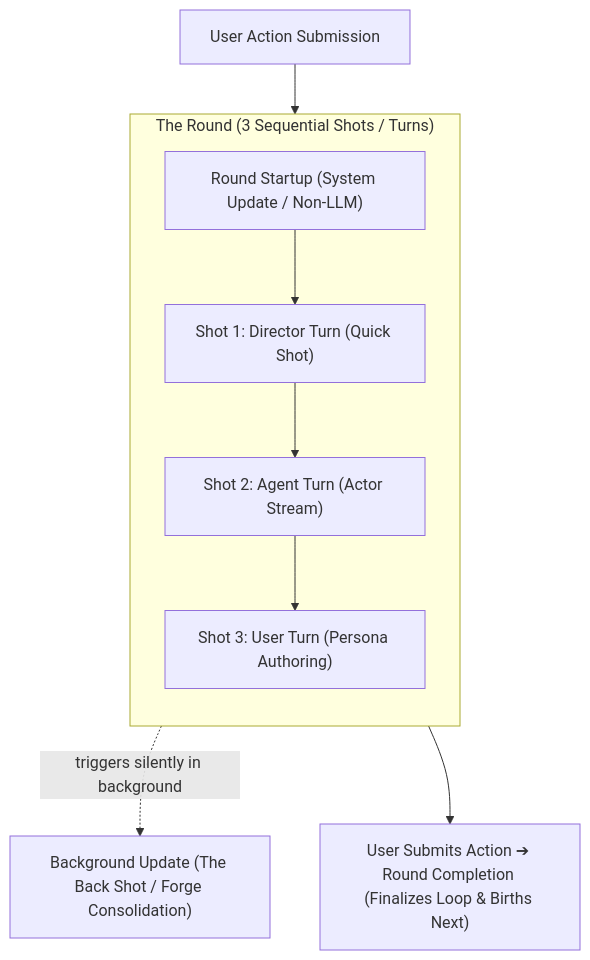
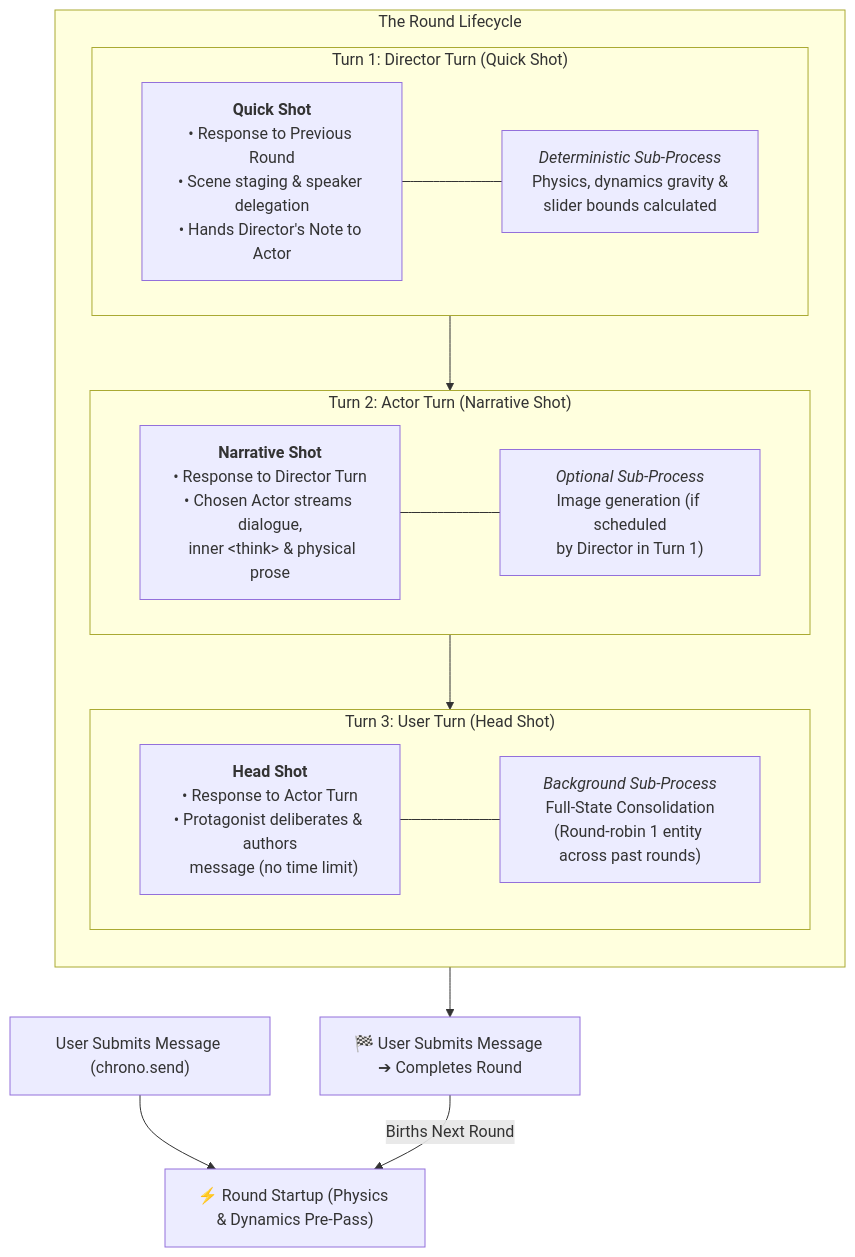
One commit to JooduG/RPGlitch changed the second of 3 diagrams in ARCHITECTURE.md. Above: the diagram before and after it, drawn with Mermaid. The commit also changed other lines of this file and 2 other files, not shown here.

Commit message:
docs: codify 3-turn architecture (quick shot, narrative shot, head shot) and sub-processes

````diff
--- a/ARCHITECTURE.md
+++ b/ARCHITECTURE.md
@@ -72,12 +72,35 @@
 ```mermaid
 flowchart TD
-    UserAction["User Action Submission"] --> RoundStartup["Round Startup (System Update / Non-LLM)"]
-    subgraph RoundLoop ["The Round (3 Sequential Shots / Turns)"]
+    UserMsg["User Submits Message (chrono.send)"] --> RoundStartup["⚡ Round Startup (Physics & Dynamics Pre-Pass)"]
+    
+    subgraph RoundLoop ["The Round Lifecycle"]
         direction TB
-        RoundStartup --> Shot1["Shot 1: Director Turn (Quick Shot)"]
-        Shot1 --> Shot2["Shot 2: Agent Turn (Actor Stream)"]
-        Shot2 --> Shot3["Shot 3: User Turn (Persona Authoring)"]
+        
+        subgraph Stage1 ["Turn 1: Director Turn (Quick Shot)"]
+            direction LR
+            T1["<b>Quick Shot</b><br>• Response to Previous Round<br>• Scene staging & speaker delegation<br>• Hands Director's Note to Actor"]
+            P1["<i>Deterministic Sub-Process</i><br>Physics, dynamics gravity &<br>slider bounds calculated"]
+            T1 --- P1
+        end
+
+        subgraph Stage2 ["Turn 2: Actor Turn (Narrative Shot)"]
+            direction LR
+            T2["<b>Narrative Shot</b><br>• Response to Director Turn<br>• Chosen Actor streams dialogue,<br>  inner &lt;think&gt; & physical prose"]
+            P2["<i>Optional Sub-Process</i><br>Image generation (if scheduled<br>by Director in Turn 1)"]
+            T2 --- P2
+        end
+
+        subgraph Stage3 ["Turn 3: User Turn (Head Shot)"]
+            direction LR
+            T3["<b>Head Shot</b><br>• Response to Actor Turn<br>• Protagonist deliberates & authors<br>  message (no time limit)"]
+            P3["<i>Background Sub-Process</i><br>Full-State Consolidation<br>(Round-robin 1 entity across past rounds)"]
+            T3 --- P3
+        end
+
+        Stage1 --> Stage2
+        Stage2 --> Stage3
     end
-    Shot2 -. triggers silently in background .-> BackShot["Background Update (The Back Shot / Forge Consolidation)"]
-    Shot3 --> RoundEnd["User Submits Action ➔ Round Completion (Finalizes Loop & Births Next)"]
+
+    Stage3 --> UserSubmit["🏁 User Submits Message ➔ Completes Round"]
+    UserSubmit --> |Births Next Round| RoundStartup
 ```
````
